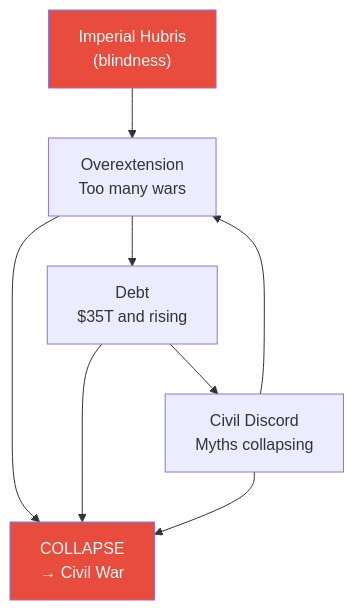
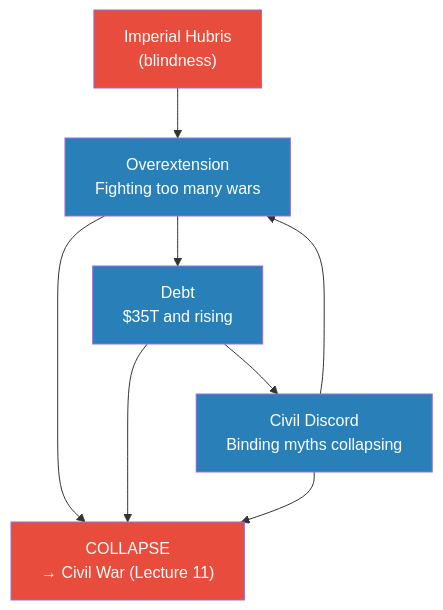
One commit to alius33/reader changed the first of 11 diagrams in summaries/Lectures/Geo-Strategy/10 - Putin's Strategic Imagination.md. Above: the diagram before and after it, drawn with Mermaid. The commit also changed other lines of this file and 26 other files, not shown here.

````diff
--- a/summaries/Lectures/Geo-Strategy/10 - Putin's Strategic Imagination.md
+++ b/summaries/Lectures/Geo-Strategy/10 - Putin's Strategic Imagination.md
@@ -85,12 +58,15 @@
 ```mermaid
 flowchart TB
-    H["Imperial Hubris<br/>(blindness)"] --> OE["Overextension<br/>Too many wars"]
+    H["Imperial Hubris<br/>(blindness)"] --> OE["Overextension<br/>Fighting too many wars"]
     OE --> D["Debt<br/>$35T and rising"]
-    D --> CD["Civil Discord<br/>Myths collapsing"]
+    D --> CD["Civil Discord<br/>Binding myths collapsing"]
     CD --> OE
-    OE --> C["COLLAPSE<br/>→ Civil War"]
+    OE --> C["COLLAPSE<br/>→ Civil War (Lecture 11)"]
     D --> C
     CD --> C
     style H fill:#e74c3c,color:#fff
     style C fill:#e74c3c,color:#fff
+    style OE fill:#2980b9,color:#fff
+    style D fill:#2980b9,color:#fff
+    style CD fill:#2980b9,color:#fff
 ```
````
